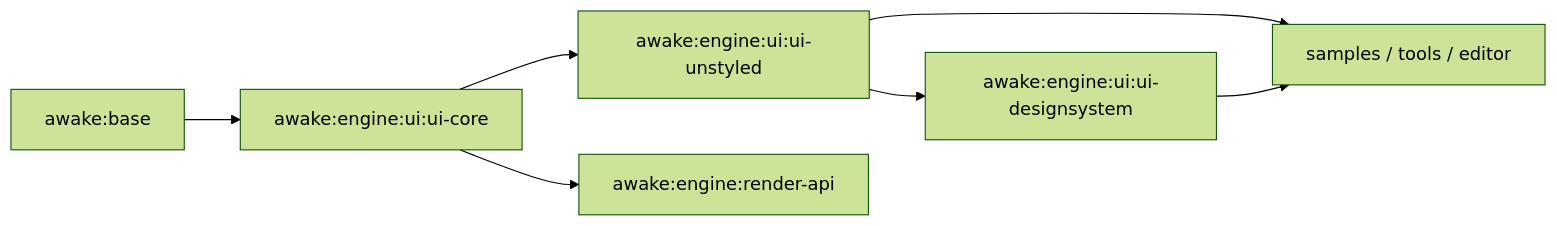
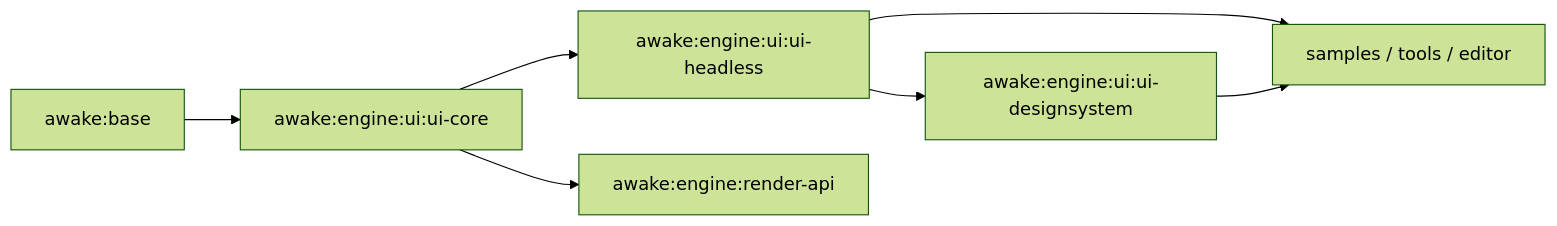
Before and after one commit to awake-lab/awake: the diagram in docs/tasks/2026-07-14-ui-module-split.md, drawn with Mermaid (forest theme). The commit also changed other lines of this file and 213 other files, not shown here.

First line of the commit message:
refactor(ui): rename ui-unstyled module and package to ui-headless

````diff
--- a/docs/tasks/2026-07-14-ui-module-split.md
+++ b/docs/tasks/2026-07-14-ui-module-split.md
@@ -37,16 +37,16 @@
 ```mermaid
 flowchart LR
     B["awake:base"]
     UC["awake:engine:ui:ui-core"]
-    UW["awake:engine:ui:ui-unstyled"]
+    UW["awake:engine:ui:ui-headless"]
     UD["awake:engine:ui:ui-designsystem"]
     RA["awake:engine:render-api"]
     S["samples / tools / editor"]
 
     B --> UC
     UC --> UW
     UC --> RA
     UW --> UD
     UW --> S
     UD --> S
 ```
````
